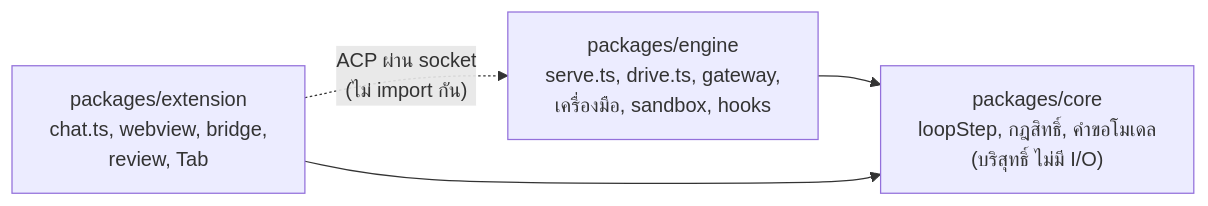
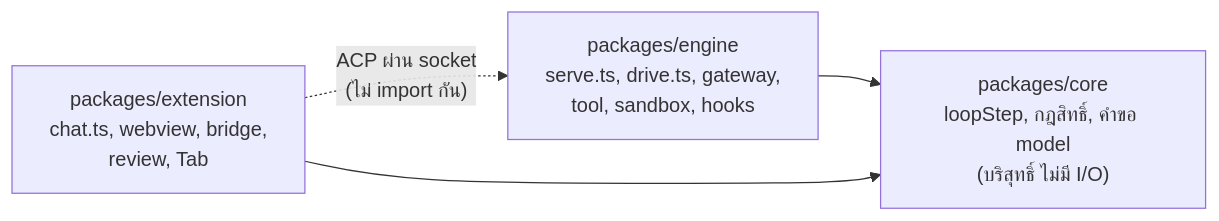
One commit to GA-MO/geno changed the diagram in packages/docs/src/content/docs/concepts/where-things-live.md. Above: the diagram before and after it, drawn with Mermaid. The commit also changed other lines of this file and 133 other files, not shown here.

First line of the commit message:
Write model, tool, turn and subagent in English in every page, as the language rule says

````diff
--- a/packages/docs/src/content/docs/concepts/where-things-live.md
+++ b/packages/docs/src/content/docs/concepts/where-things-live.md
@@ -11,9 +11,9 @@
 ```mermaid
 flowchart LR
-  core["packages/core<br/>loopStep, กฎสิทธิ์, คำขอโมเดล<br/>(บริสุทธิ์ ไม่มี I/O)"]
-  engine["packages/engine<br/>serve.ts, drive.ts, gateway,<br/>เครื่องมือ, sandbox, hooks"]
+  core["packages/core<br/>loopStep, กฎสิทธิ์, คำขอ model<br/>(บริสุทธิ์ ไม่มี I/O)"]
+  engine["packages/engine<br/>serve.ts, drive.ts, gateway,<br/>tool, sandbox, hooks"]
   ext["packages/extension<br/>chat.ts, webview, bridge,<br/>review, Tab"]
   engine --> core
   ext --> core
   ext -. "ACP ผ่าน socket<br/>(ไม่ import กัน)" .-> engine
 ```
````
